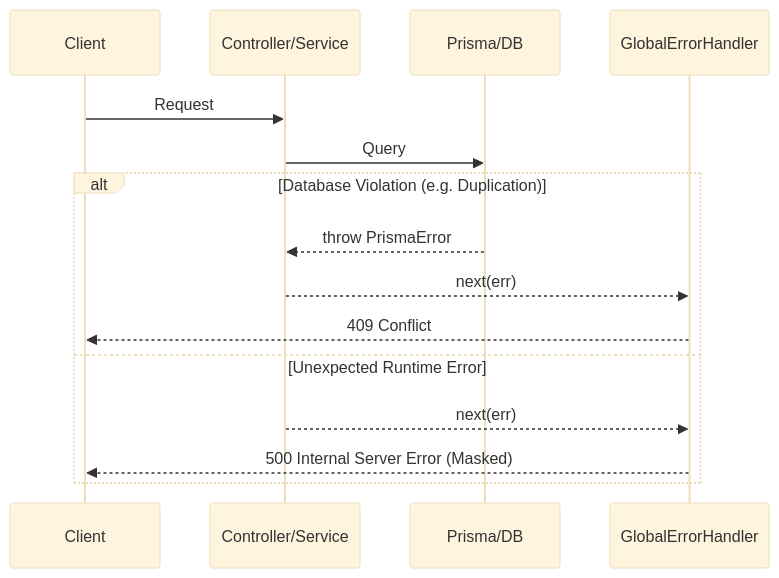
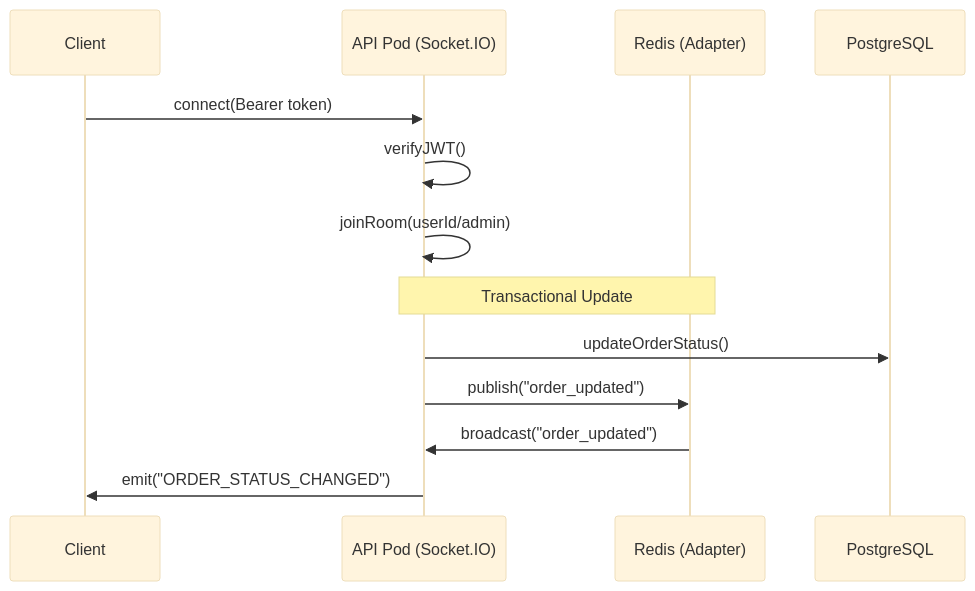
One commit to Nikolas-vl/bar-backend changed the third of 3 diagrams in src/docs/ARCHITECTURE.md. Above: the diagram before and after it, drawn with Mermaid (base theme). The commit also changed other lines of this file and 5 other files, not shown here.

````diff
--- a/src/docs/ARCHITECTURE.md
+++ b/src/docs/ARCHITECTURE.md
@@ -89,18 +76,16 @@
 ```mermaid
 sequenceDiagram
     participant C as Client
-    participant API as Controller/Service
-    participant DB as Prisma/DB
-    participant EH as GlobalErrorHandler
+    participant API as API Pod (Socket.IO)
+    participant R as Redis (Adapter)
+    participant DB as PostgreSQL
 
-    C->>API: Request
-    API->>DB: Query
-    alt Database Violation (e.g. Duplication)
-        DB-->>API: throw PrismaError
-        API-->>EH: next(err)
-        EH-->>C: 409 Conflict
-    else Unexpected Runtime Error
-        API-->>EH: next(err)
-        EH-->>C: 500 Internal Server Error (Masked)
-    end
+    C->>API: connect(Bearer token)
+    API->>API: verifyJWT()
+    API->>API: joinRoom(userId/admin)
+    Note over API,R: Transactional Update
+    API->>DB: updateOrderStatus()
+    API->>R: publish("order_updated")
+    R->>API: broadcast("order_updated")
+    API->>C: emit("ORDER_STATUS_CHANGED")
 ```
````
